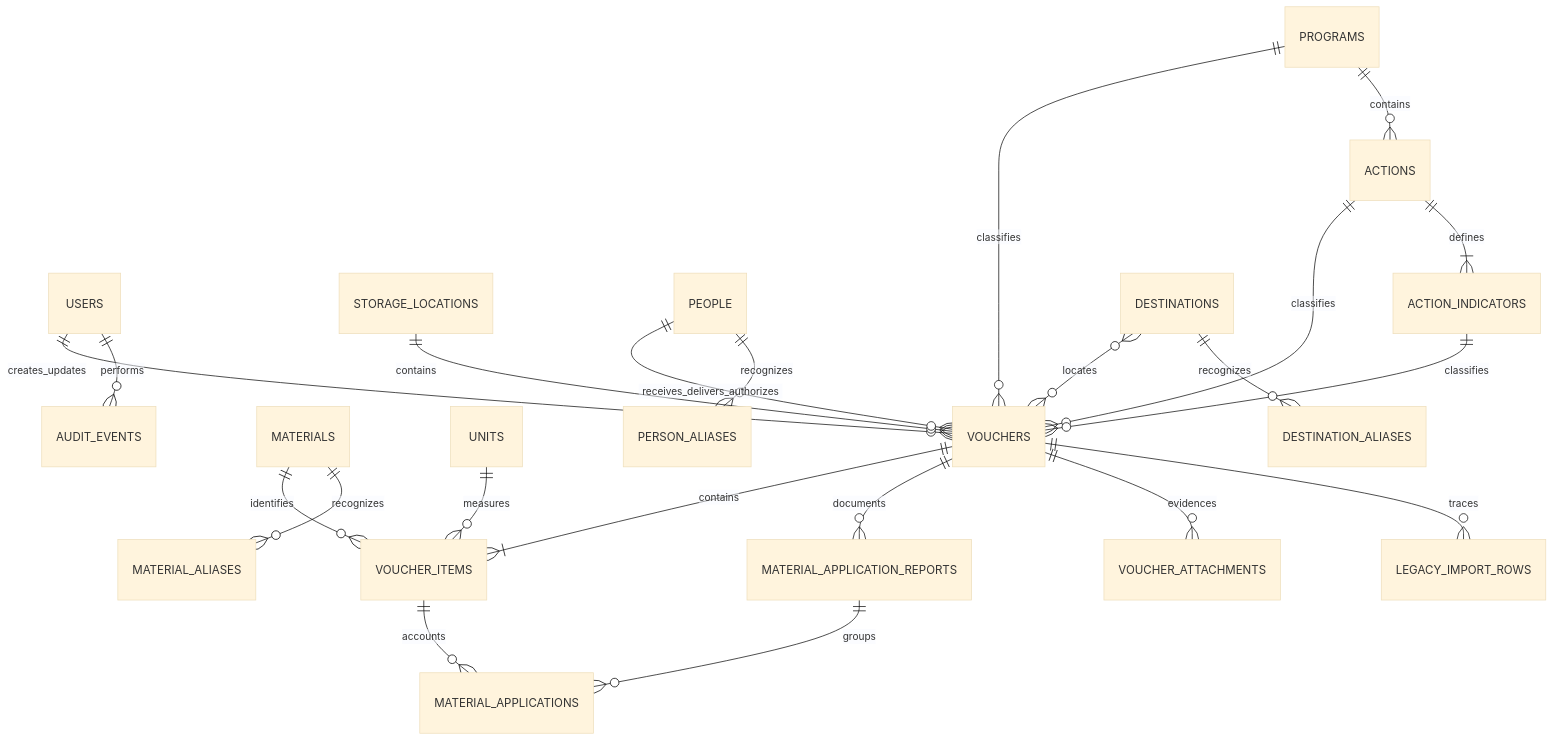
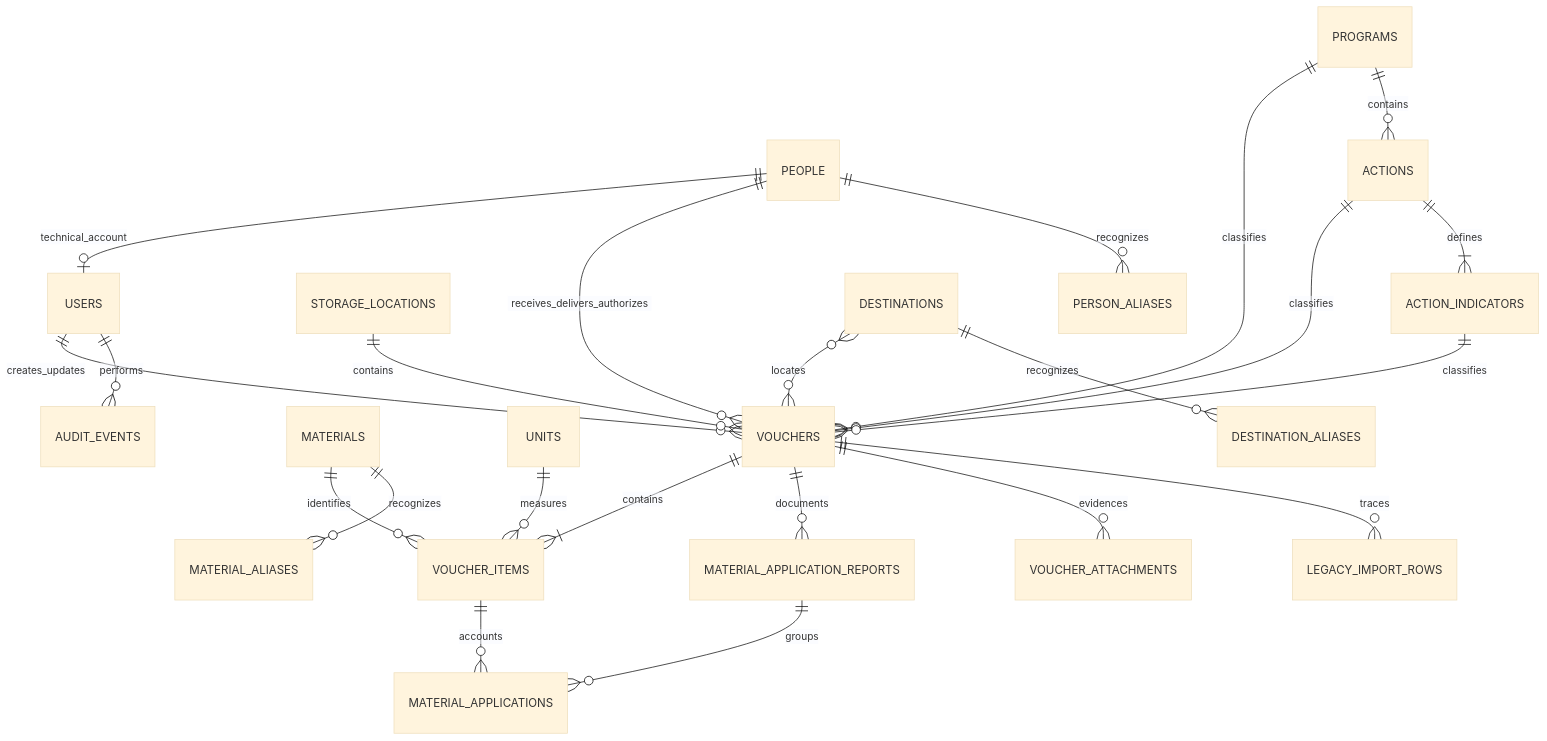
The diagram in docs/architecture.md (oscarcast22/control-materiales-spm), drawn with Mermaid (base theme) before and after one commit. The commit also changed other lines of this file and 61 other files, not shown here.

````diff
--- a/docs/architecture.md
+++ b/docs/architecture.md
@@ -45,24 +46,25 @@
 ```mermaid
 erDiagram
     USERS ||--o{ VOUCHERS : creates_updates
+    PEOPLE ||--o| USERS : technical_account
     STORAGE_LOCATIONS ||--o{ VOUCHERS : contains
     PEOPLE ||--o{ VOUCHERS : receives_delivers_authorizes
     PROGRAMS ||--o{ VOUCHERS : classifies
     PROGRAMS ||--o{ ACTIONS : contains
     ACTIONS ||--o{ VOUCHERS : classifies
     ACTIONS ||--|{ ACTION_INDICATORS : defines
     ACTION_INDICATORS ||--o{ VOUCHERS : classifies
     DESTINATIONS }o--o{ VOUCHERS : locates
     VOUCHERS ||--|{ VOUCHER_ITEMS : contains
     MATERIALS ||--o{ VOUCHER_ITEMS : identifies
     UNITS ||--o{ VOUCHER_ITEMS : measures
     VOUCHERS ||--o{ MATERIAL_APPLICATION_REPORTS : documents
     MATERIAL_APPLICATION_REPORTS ||--o{ MATERIAL_APPLICATIONS : groups
     VOUCHER_ITEMS ||--o{ MATERIAL_APPLICATIONS : accounts
     VOUCHERS ||--o{ VOUCHER_ATTACHMENTS : evidences
     MATERIALS ||--o{ MATERIAL_ALIASES : recognizes
     PEOPLE ||--o{ PERSON_ALIASES : recognizes
     DESTINATIONS ||--o{ DESTINATION_ALIASES : recognizes
     USERS ||--o{ AUDIT_EVENTS : performs
     VOUCHERS ||--o{ LEGACY_IMPORT_ROWS : traces
 ```
````
